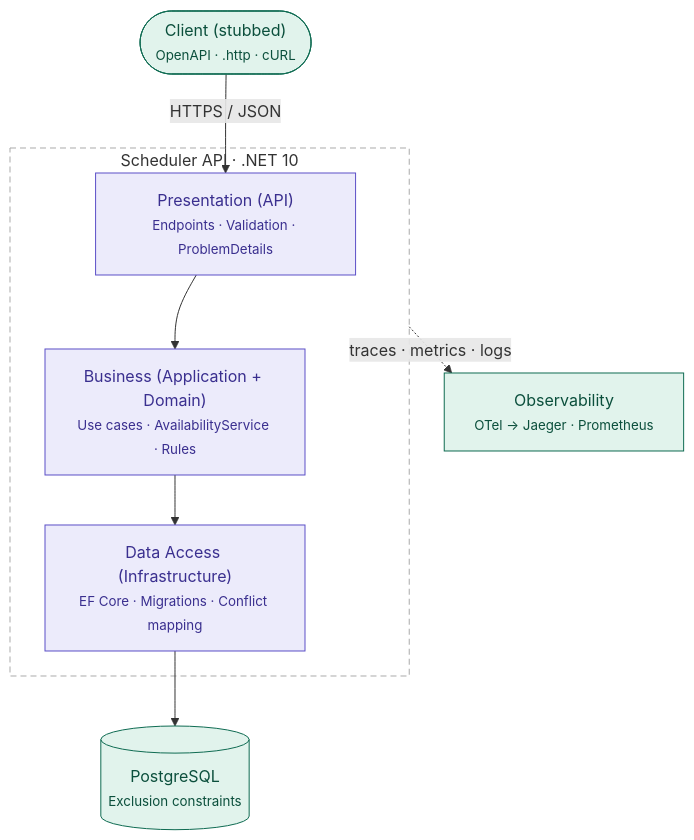
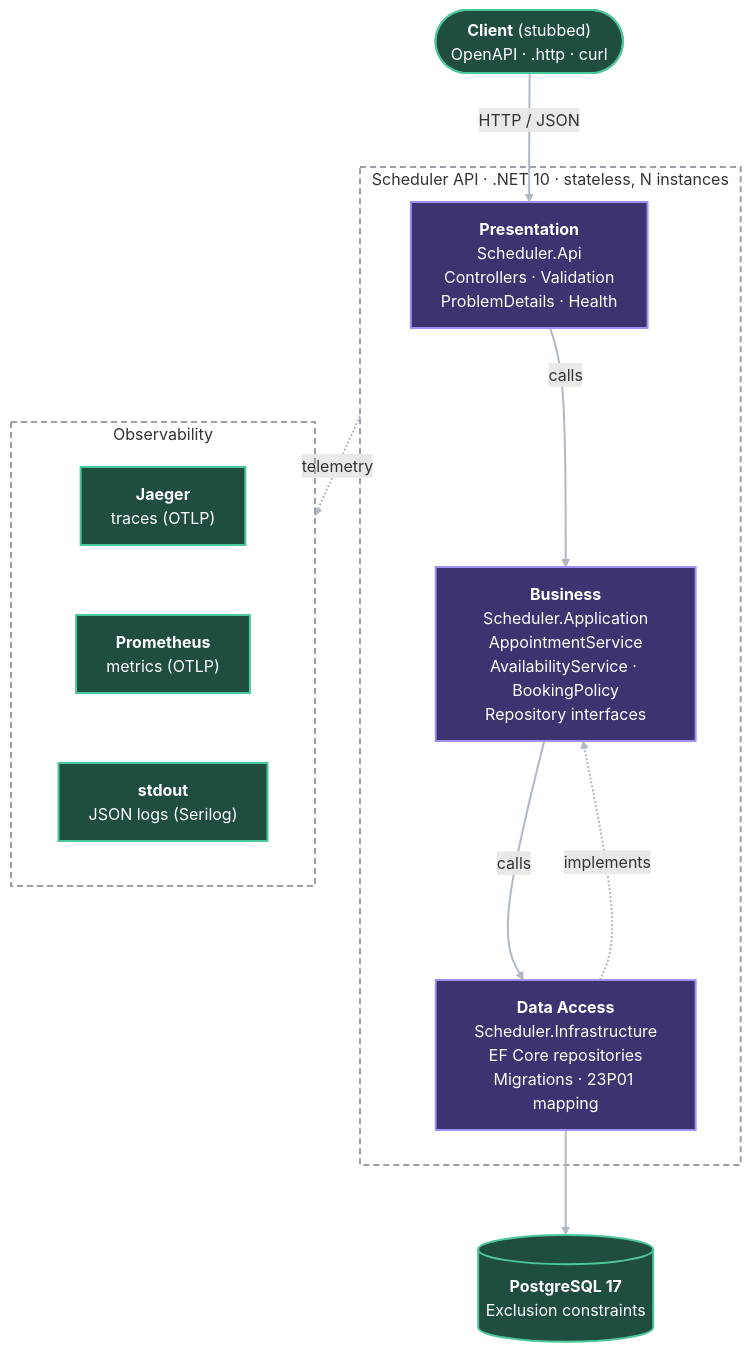
One commit to THKhai/dealership-service-scheduler changed the third of 5 diagrams in Docs/System-design.md. Above: the diagram before and after it, drawn with Mermaid. The commit also changed other lines of this file, not shown here.

Commit message:
Add implementation phase to GenAI section

````diff
--- a/Docs/System-design.md
+++ b/Docs/System-design.md
@@ -118,25 +118,34 @@
 ```mermaid
+%%{init: {"flowchart": {"nodeSpacing": 70, "rankSpacing": 70}}}%%
 flowchart TD
-    client(["Client (stubbed)<br/><small>OpenAPI · .http · cURL</small>"])
+    client(["<b>Client</b> (stubbed)<br/>OpenAPI · .http · curl"])
 
-    subgraph api["Scheduler API · .NET 10"]
-        presentation["Presentation (API)<br/><small>Endpoints · Validation · ProblemDetails</small>"]
-        business["Business (Application + Domain)<br/><small>Use cases · AvailabilityService · Rules</small>"]
-        dataAccess["Data Access (Infrastructure)<br/><small>EF Core · Migrations · Conflict mapping</small>"]
+    subgraph api["Scheduler API · .NET 10 · stateless, N instances"]
+        presentation["<b>Presentation</b><br/>Scheduler.Api<br/>Controllers · Validation<br/>ProblemDetails · Health"]
+        business["<b>Business</b><br/>Scheduler.Application<br/>AppointmentService<br/>AvailabilityService · BookingPolicy<br/>Repository interfaces"]
+        dataAccess["<b>Data Access</b><br/>Scheduler.Infrastructure<br/>EF Core repositories<br/>Migrations · 23P01 mapping"]
     end
 
-    postgres[("PostgreSQL<br/><small>Exclusion constraints</small>")]
-    observability["Observability<br/><small>OTel → Jaeger · Prometheus</small>"]
+    postgres[("<b>PostgreSQL 17</b><br/>Exclusion constraints")]
 
-    client -->|"HTTPS / JSON"| presentation
-    presentation --> business
-    business --> dataAccess
-    dataAccess --> postgres
-    api -.->|"traces · metrics · logs"| observability
+    subgraph obs["Observability"]
+        jaeger["<b>Jaeger</b><br/>traces (OTLP)"]
+        prometheus["<b>Prometheus</b><br/>metrics (OTLP)"]
+        logs["<b>stdout</b><br/>JSON logs (Serilog)"]
+    end
 
-    classDef layer fill:#ECEBFB,stroke:#5B4FC7,color:#3A2F8F
-    classDef external fill:#E1F3EC,stroke:#0F6B52,color:#0B4F3C
+    client ==>|"HTTP / JSON"| presentation
+    presentation ==>|calls| business
+    business ==>|calls| dataAccess
+    dataAccess -.->|implements| business
+    dataAccess ==> postgres
+    api -.->|telemetry| obs
+
+    classDef layer fill:#3B3470,stroke:#9D92F5,stroke-width:2px,color:#FFFFFF
+    classDef external fill:#1F4D40,stroke:#4CC79A,stroke-width:2px,color:#FFFFFF
     class presentation,business,dataAccess layer
-    class client,postgres,observability external
-    style api fill:none,stroke:#AAAAAA,stroke-dasharray:6 4
+    class client,postgres,jaeger,prometheus,logs external
+    style api fill:none,stroke:#9AA0A6,stroke-width:2px,stroke-dasharray:6 4
+    style obs fill:none,stroke:#9AA0A6,stroke-width:2px,stroke-dasharray:6 4
+    linkStyle default stroke:#B0B8C4,stroke-width:2px
 ```
````
